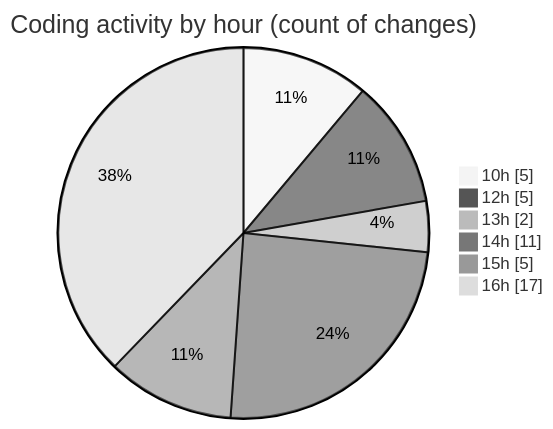
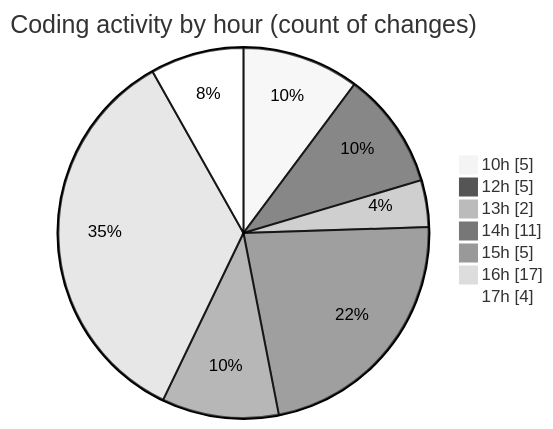
One commit to Ritupan-Deka/code-tracking changed the second of 2 diagrams in 2025-07-07/urlwebwala_intership_work/README.md. Above: the diagram before and after it, drawn with Mermaid (neutral theme). The commit also changed other lines of this file and 1 other file, not shown here.

````diff
--- a/2025-07-07/urlwebwala_intership_work/README.md
+++ b/2025-07-07/urlwebwala_intership_work/README.md
@@ -30,10 +30,11 @@
 ```mermaid
 pie showData
 title Coding activity by hour (count of changes)
 "10h" : 5
 "12h" : 5
 "13h" : 2
 "14h" : 11
 "15h" : 5
 "16h" : 17
+"17h" : 4
 ```
````
